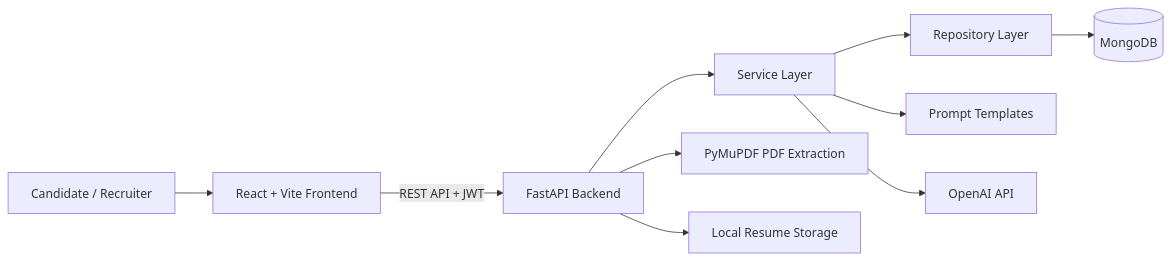
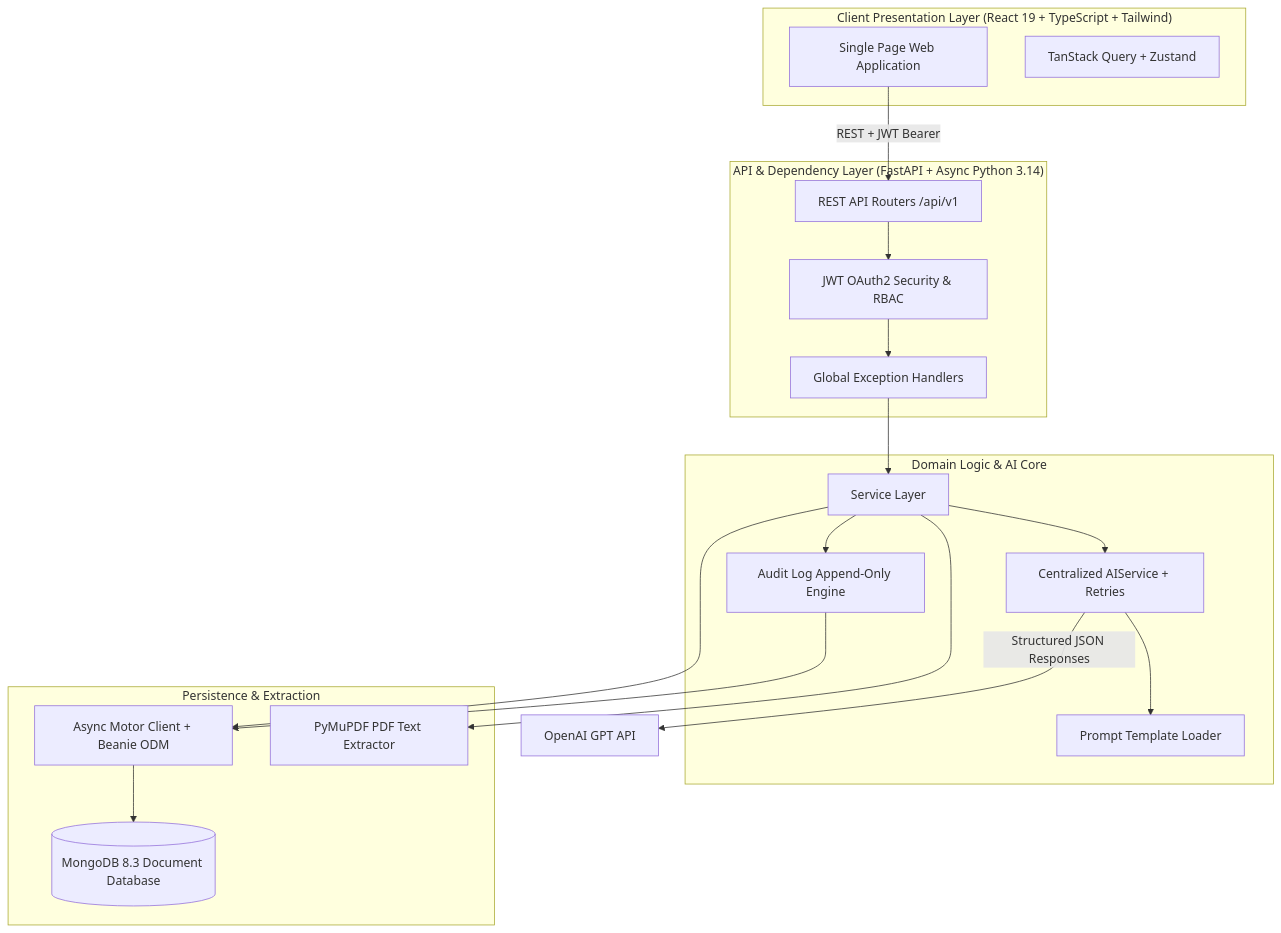
One commit to aniksam-github/NipunHire-AI changed the diagram in README.md. Above: the diagram before and after it, drawn with Mermaid. The commit also changed other lines of this file and 36 other files, not shown here.

````diff
--- a/README.md
+++ b/README.md
@@ -159,12 +44,39 @@
 ```mermaid
-flowchart LR
-    U[Candidate / Recruiter] --> F[React + Vite Frontend]
-    F -->|REST API + JWT| B[FastAPI Backend]
-    B --> S[Service Layer]
-    S --> R[Repository Layer]
-    R --> M[(MongoDB)]
-    S --> P[Prompt Templates]
-    S --> O[OpenAI API]
-    B --> X[PyMuPDF PDF Extraction]
-    B --> L[Local Resume Storage]
+flowchart TD
+    subgraph Client ["Client Presentation Layer (React 19 + TypeScript + Tailwind)"]
+        UI[Single Page Web Application]
+        State[TanStack Query + Zustand]
+    end
+
+    subgraph API ["API & Dependency Layer (FastAPI + Async Python 3.14)"]
+        Router[REST API Routers /api/v1]
+        Auth[JWT OAuth2 Security & RBAC]
+        GlobalExc[Global Exception Handlers]
+    end
+
+    subgraph Service ["Domain Logic & AI Core"]
+        Services[Service Layer]
+        AIService[Centralized AIService + Retries]
+        AuditService[Audit Log Append-Only Engine]
+        Prompts[Prompt Template Loader]
+    end
+
+    subgraph Data ["Persistence & Extraction"]
+        Motor[Async Motor Client + Beanie ODM]
+        PyMuPDF[PyMuPDF PDF Text Extractor]
+        DB[(MongoDB 8.3 Document Database)]
+    end
+
+    UI -->|REST + JWT Bearer| Router
+    Router --> Auth
+    Auth --> GlobalExc
+    GlobalExc --> Services
+    Services --> AIService
+    Services --> AuditService
+    AIService --> Prompts
+    AIService -->|Structured JSON Responses| OpenAI[OpenAI GPT API]
+    Services --> PyMuPDF
+    Services --> Motor
+    AuditService --> Motor
+    Motor --> DB
 ```
````
